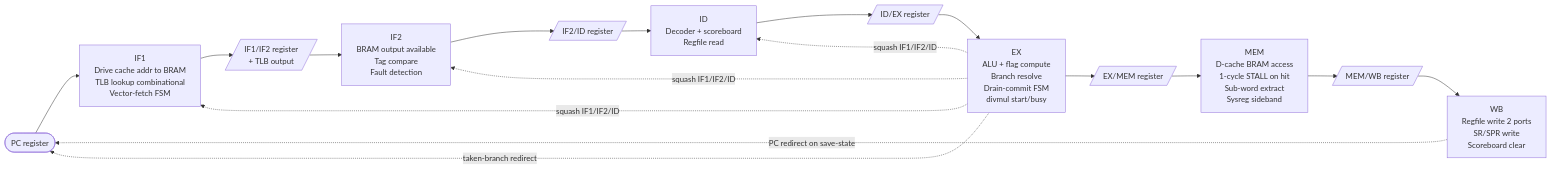
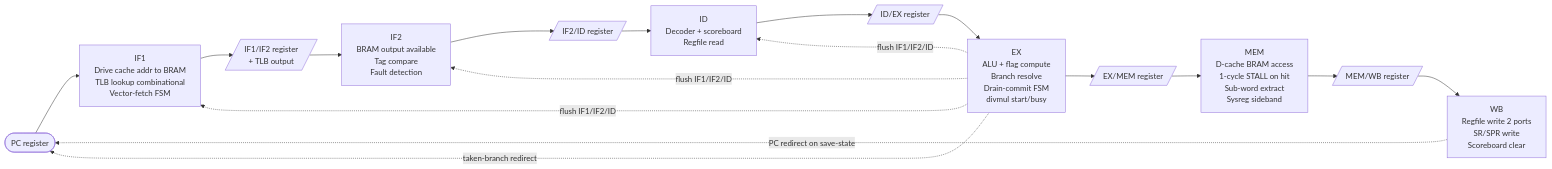
One commit to lonemeow/penumbra-minicomputer changed the diagram in doc/internals/penumbra2/pipeline-stages.md. Above: the diagram before and after it, drawn with Mermaid. The commit also changed other lines of this file and 11 other files, not shown here.

````diff
--- a/doc/internals/penumbra2/pipeline-stages.md
+++ b/doc/internals/penumbra2/pipeline-stages.md
@@ -57,22 +86,22 @@
 ```mermaid
 flowchart LR
   PCREG([PC register])
   IF1[IF1<br/>Drive cache addr to BRAM<br/>TLB lookup combinational<br/>Vector-fetch FSM]
   IF1IF2[/IF1/IF2 register<br/>+ TLB output/]
   IF2[IF2<br/>BRAM output available<br/>Tag compare<br/>Fault detection]
   IF2ID[/IF2/ID register/]
   ID[ID<br/>Decoder + scoreboard<br/>Regfile read]
   IDEX[/ID/EX register/]
   EX[EX<br/>ALU + flag compute<br/>Branch resolve<br/>Drain-commit FSM<br/>divmul start/busy]
   EXMEM[/EX/MEM register/]
   MEM["MEM<br/>D-cache BRAM access<br/>1-cycle STALL on hit<br/>Sub-word extract<br/>Sysreg sideband"]
   MEMWB[/MEM/WB register/]
   WB[WB<br/>Regfile write 2 ports<br/>SR/SPR write<br/>Scoreboard clear]
 
   PCREG --> IF1 --> IF1IF2 --> IF2 --> IF2ID --> ID --> IDEX --> EX --> EXMEM --> MEM --> MEMWB --> WB
   EX -. taken-branch redirect .-> PCREG
-  EX -. squash IF1/IF2/ID .-> IF1
-  EX -. squash IF1/IF2/ID .-> IF2
-  EX -. squash IF1/IF2/ID .-> ID
+  EX -. flush IF1/IF2/ID .-> IF1
+  EX -. flush IF1/IF2/ID .-> IF2
+  EX -. flush IF1/IF2/ID .-> ID
   WB -. PC redirect on save-state .-> PCREG
 ```
````
